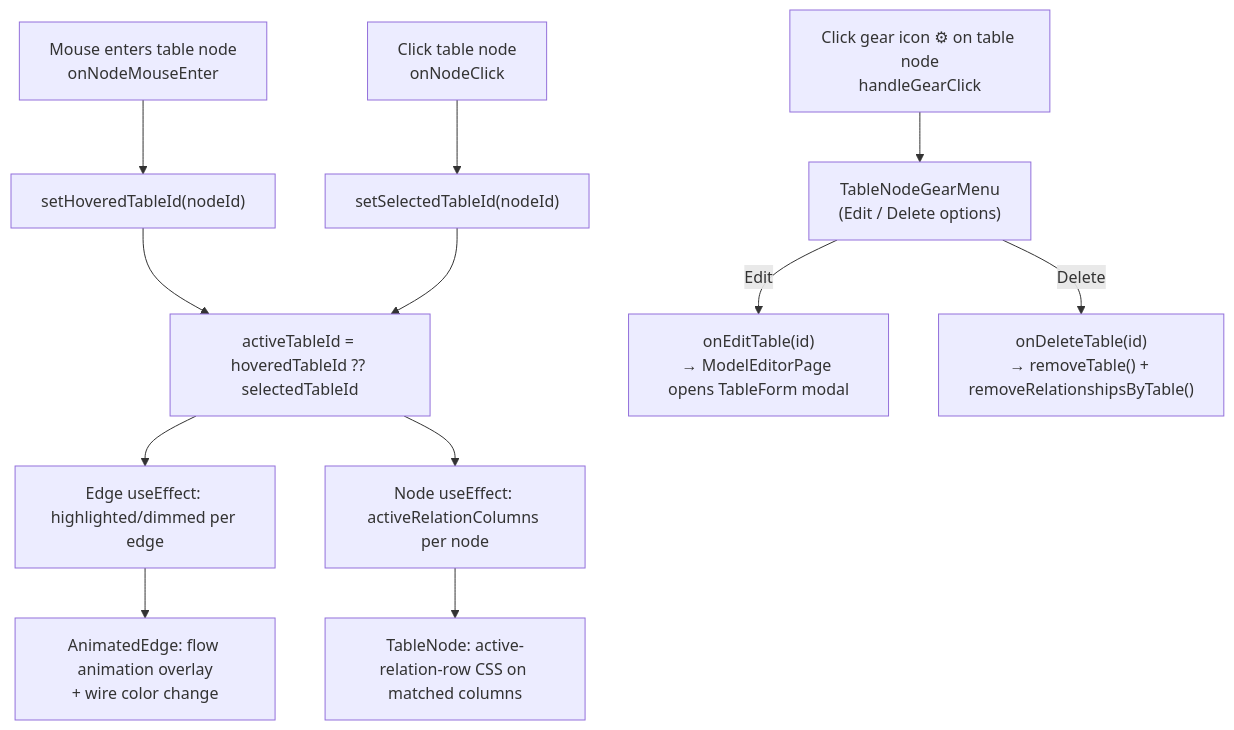
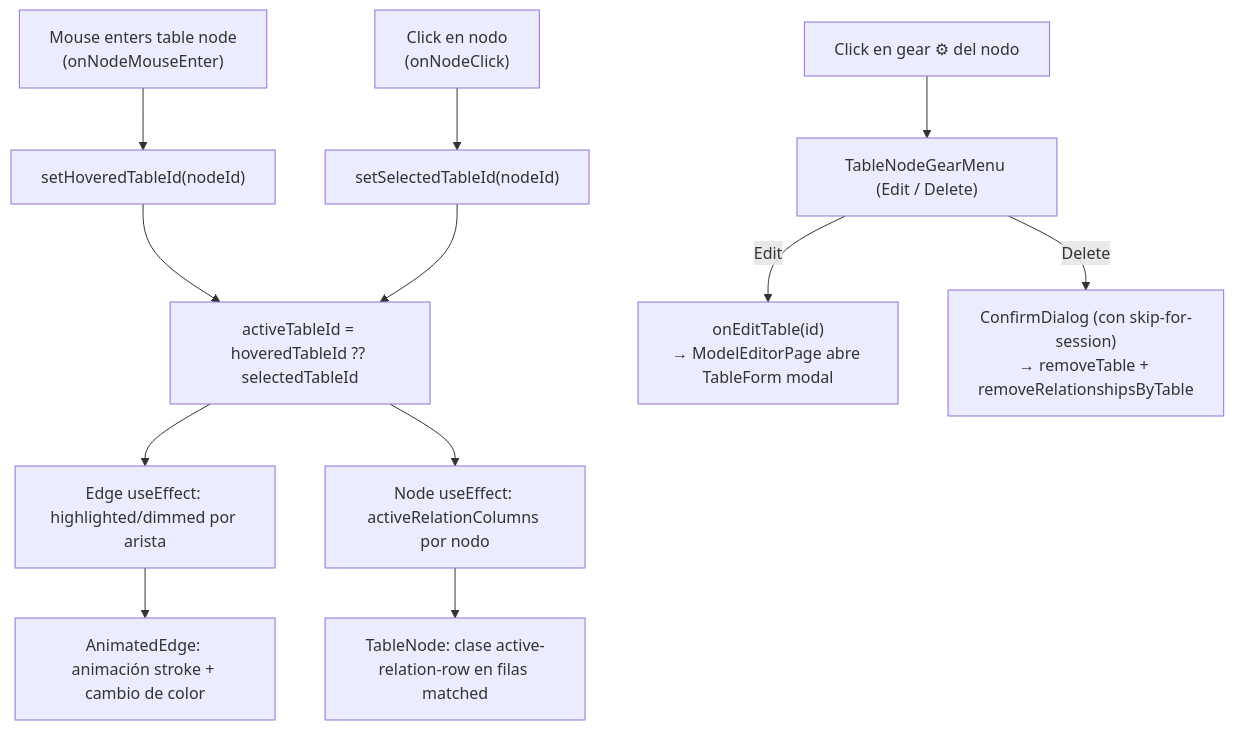
One commit to Carlosmps97/web-data-model-hub changed the ninth of 13 diagrams in doc/data-flow.md. Above: the diagram before and after it, drawn with Mermaid. The commit also changed other lines of this file and 5 other files, not shown here.

````diff
--- a/doc/data-flow.md
+++ b/doc/data-flow.md
@@ -165,16 +274,16 @@
 ```mermaid
 flowchart TD
-    H["Mouse enters table node\nonNodeMouseEnter"] --> HS["setHoveredTableId(nodeId)"]
+    H["Mouse enters table node<br/>(onNodeMouseEnter)"] --> HS["setHoveredTableId(nodeId)"]
     HS --> AT["activeTableId = hoveredTableId ?? selectedTableId"]
-    AT --> CE["Edge useEffect: highlighted/dimmed per edge"]
-    AT --> CN["Node useEffect: activeRelationColumns per node"]
-    CE --> AE["AnimatedEdge: flow animation overlay\n+ wire color change"]
-    CN --> TN["TableNode: active-relation-row CSS on matched columns"]
+    AT --> CE["Edge useEffect: highlighted/dimmed por arista"]
+    AT --> CN["Node useEffect: activeRelationColumns por nodo"]
+    CE --> AE["AnimatedEdge: animación stroke + cambio de color"]
+    CN --> TN["TableNode: clase active-relation-row en filas matched"]
 
-    C["Click table node\nonNodeClick"] --> SS["setSelectedTableId(nodeId)"]
+    C["Click en nodo<br/>(onNodeClick)"] --> SS["setSelectedTableId(nodeId)"]
     SS --> AT
 
-    G["Click gear icon ⚙ on table node\nhandleGearClick"] --> GM["TableNodeGearMenu\n(Edit / Delete options)"]
-    GM -->|"Edit"| OE["onEditTable(id)\n→ ModelEditorPage opens TableForm modal"]
-    GM -->|"Delete"| OD["onDeleteTable(id)\n→ removeTable() + removeRelationshipsByTable()"]
+    G["Click en gear ⚙ del nodo"] --> GM["TableNodeGearMenu (Edit / Delete)"]
+    GM -->|"Edit"| OE["onEditTable(id)<br/>→ ModelEditorPage abre TableForm modal"]
+    GM -->|"Delete"| OD["ConfirmDialog (con skip-for-session)<br/>→ removeTable + removeRelationshipsByTable"]
 ```
````
